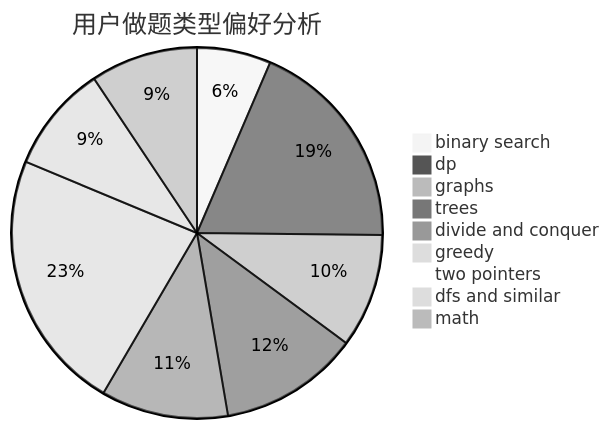
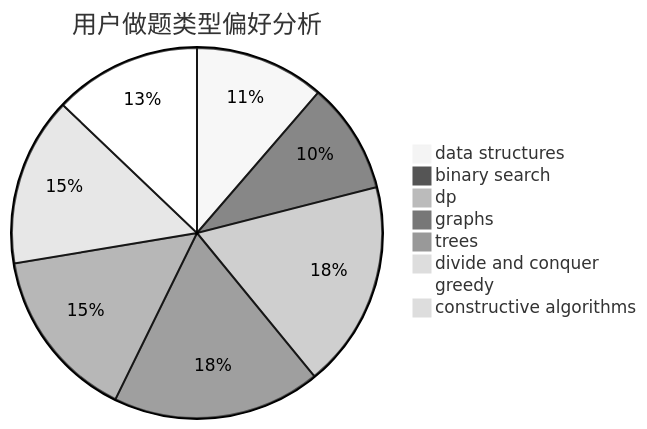
One commit to sherpahu/cfrs.github.io changed the second of 3 diagrams in docs/user/u276.md. Above: the diagram before and after it, drawn with Mermaid (neutral theme). The commit also changed other lines of this file and 2775 other files, not shown here.

````diff
--- a/docs/user/u276.md
+++ b/docs/user/u276.md
@@ -23,12 +23,11 @@
 ```mermaid
 pie title 用户做题类型偏好分析
-    "binary search" :  100
-    "dp" :  290
+    "data structures" :  96
+    "binary search" :  82
+    "dp" :  153
     "graphs" :  154
-    "trees" :  189
-    "divide and conquer" :  172
-    "greedy" :  354
-    "two pointers" :  14
-    "dfs and similar" :  145
-    "math" :  145
+    "trees" :  128
+    "divide and conquer" :  125
+    "greedy" :  109
+    "constructive algorithms" :  8
 ```
````
